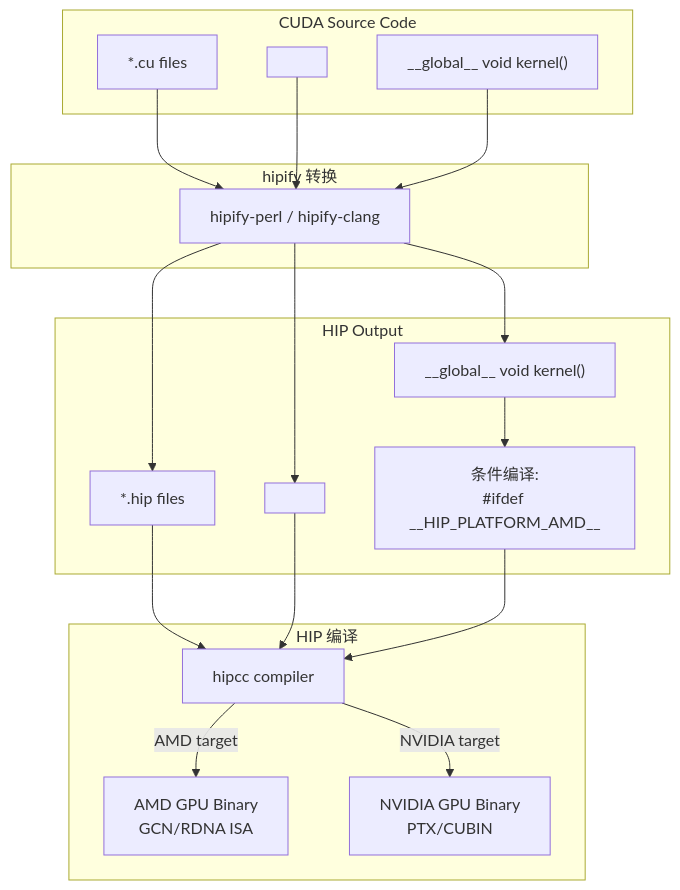
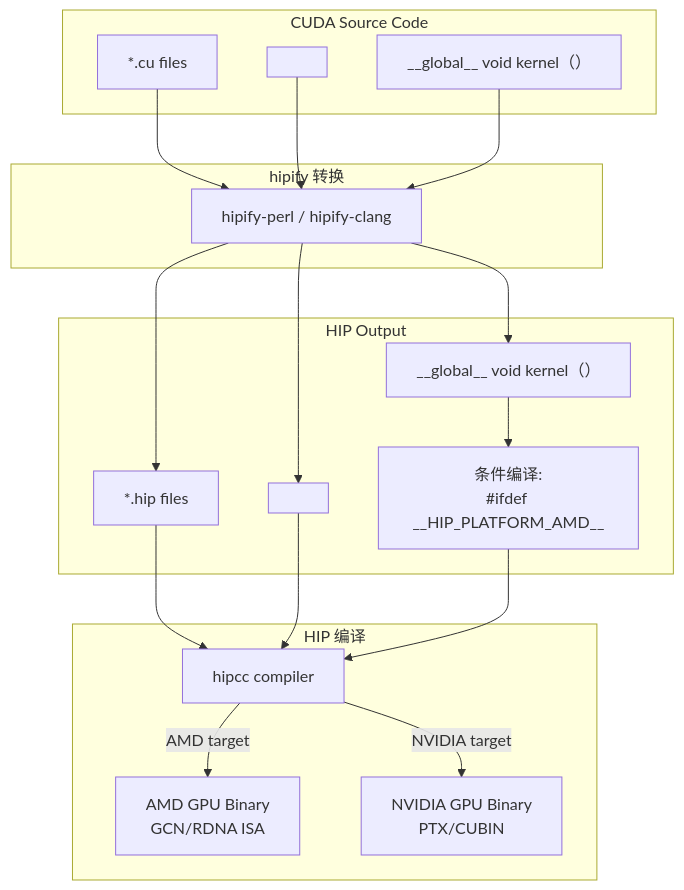
Before and after one commit to AdaMartin18010/AnalysisDataFlow: the first of 4 diagrams in Flink/07-rust-native/heterogeneous-computing/02-gpu-udf-rocm.md, drawn with Mermaid. The commit also changed 253 other files, not shown here.

````diff
--- a/Flink/07-rust-native/heterogeneous-computing/02-gpu-udf-rocm.md
+++ b/Flink/07-rust-native/heterogeneous-computing/02-gpu-udf-rocm.md
@@ -224,38 +224,38 @@
 ```mermaid
 graph TB
     subgraph Source["CUDA Source Code"]
         CUDA[*.cu files]
         H_CUDA[<cuda_runtime.h>]
-        Kernel_CUDA["__global__ void kernel()"]
+        Kernel_CUDA["__global__ void kernel（）"]
     end
 
     subgraph Conversion["hipify 转换"]
         HIPFY["hipify-perl / hipify-clang"]
     end
 
     subgraph Target["HIP Output"]
         HIP[*.hip files]
         H_HIP[<hip/hip_runtime.h>]
-        Kernel_HIP["__global__ void kernel()"]
+        Kernel_HIP["__global__ void kernel（）"]
         Cond["条件编译:<br/>#ifdef __HIP_PLATFORM_AMD__"]
     end
 
     subgraph Compilation["HIP 编译"]
         HIPCC["hipcc compiler"]
         AMD["AMD GPU Binary<br/>GCN/RDNA ISA"]
         NV["NVIDIA GPU Binary<br/>PTX/CUBIN"]
     end
 
     CUDA --> HIPFY
     H_CUDA --> HIPFY
     Kernel_CUDA --> HIPFY
     HIPFY --> HIP
     HIPFY --> H_HIP
     HIPFY --> Kernel_HIP
     Kernel_HIP --> Cond
     HIP --> HIPCC
     H_HIP --> HIPCC
     Cond --> HIPCC
     HIPCC -->|AMD target| AMD
     HIPCC -->|NVIDIA target| NV
 ```
````
